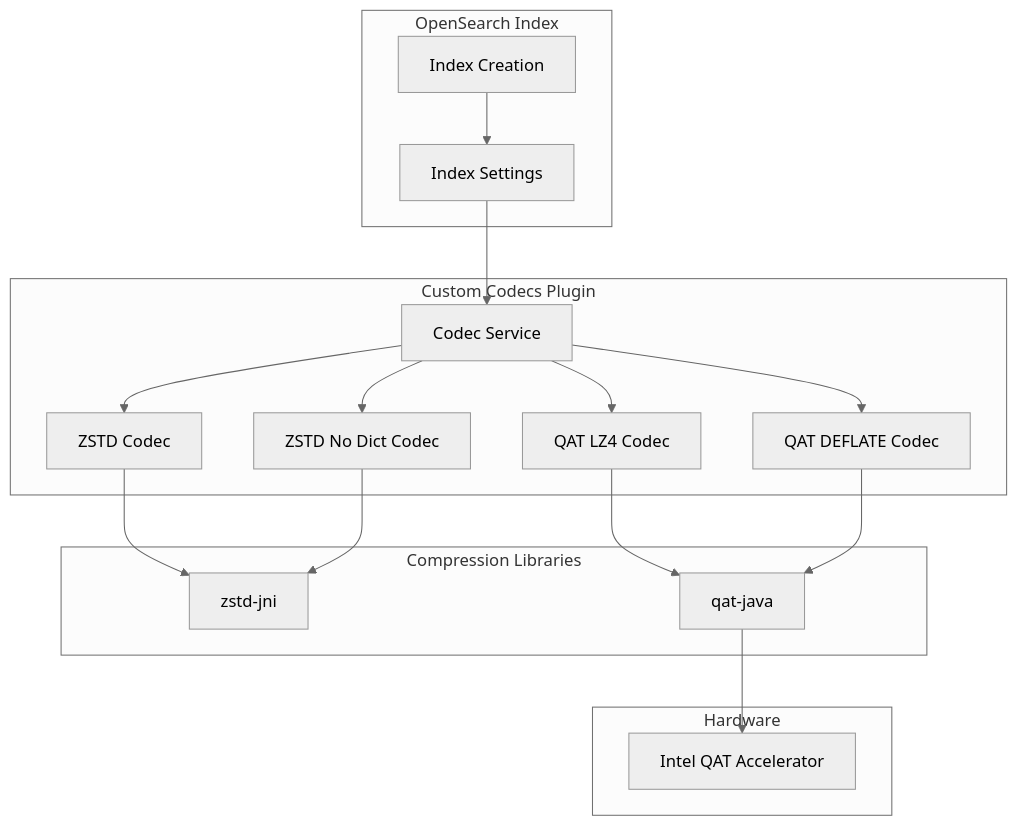
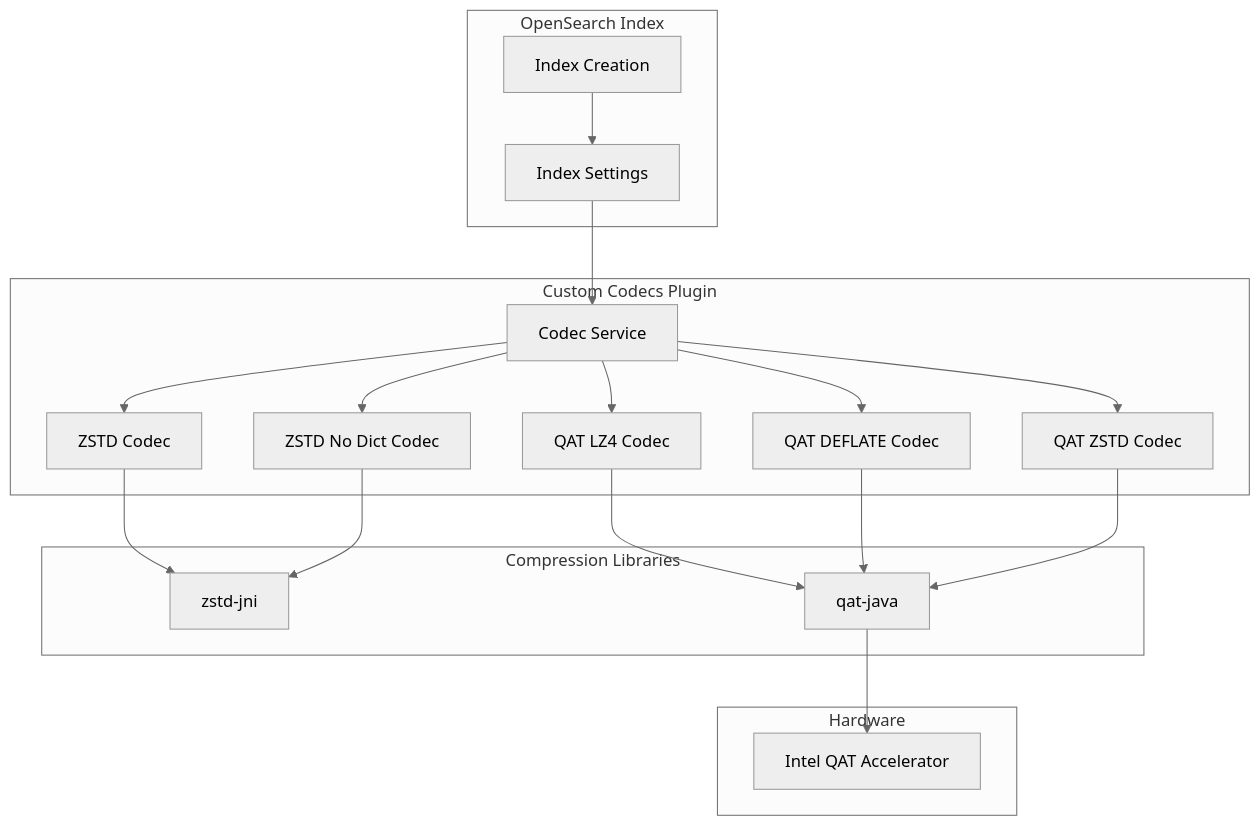
One commit to tkykenmt/opensearch-feature-explorer changed the first of 2 diagrams in docs/features/custom-codecs/custom-codecs.md. Above: the diagram before and after it, drawn with Mermaid (neutral theme). The commit also changed other lines of this file and 2 other files, not shown here.

Commit message:
docs: add QAT-Accelerated Zstandard Compression report for v3.1.0 (#1022)

````diff
--- a/docs/features/custom-codecs/custom-codecs.md
+++ b/docs/features/custom-codecs/custom-codecs.md
@@ -11,37 +11,40 @@
 ```mermaid
 graph TB
     subgraph "OpenSearch Index"
         Index[Index Creation]
         Settings[Index Settings]
     end
     
     subgraph "Custom Codecs Plugin"
         CodecService[Codec Service]
         ZstdCodec[ZSTD Codec]
         ZstdNoDictCodec[ZSTD No Dict Codec]
         QatLz4[QAT LZ4 Codec]
         QatDeflate[QAT DEFLATE Codec]
+        QatZstd[QAT ZSTD Codec]
     end
     
     subgraph "Compression Libraries"
         ZstdJni[zstd-jni]
         QatJava[qat-java]
     end
     
     subgraph "Hardware"
         IntelQAT[Intel QAT Accelerator]
     end
     
     Index --> Settings
     Settings --> CodecService
     CodecService --> ZstdCodec
     CodecService --> ZstdNoDictCodec
     CodecService --> QatLz4
     CodecService --> QatDeflate
+    CodecService --> QatZstd
     
     ZstdCodec --> ZstdJni
     ZstdNoDictCodec --> ZstdJni
     QatLz4 --> QatJava
     QatDeflate --> QatJava
+    QatZstd --> QatJava
     QatJava --> IntelQAT
 ```
````
